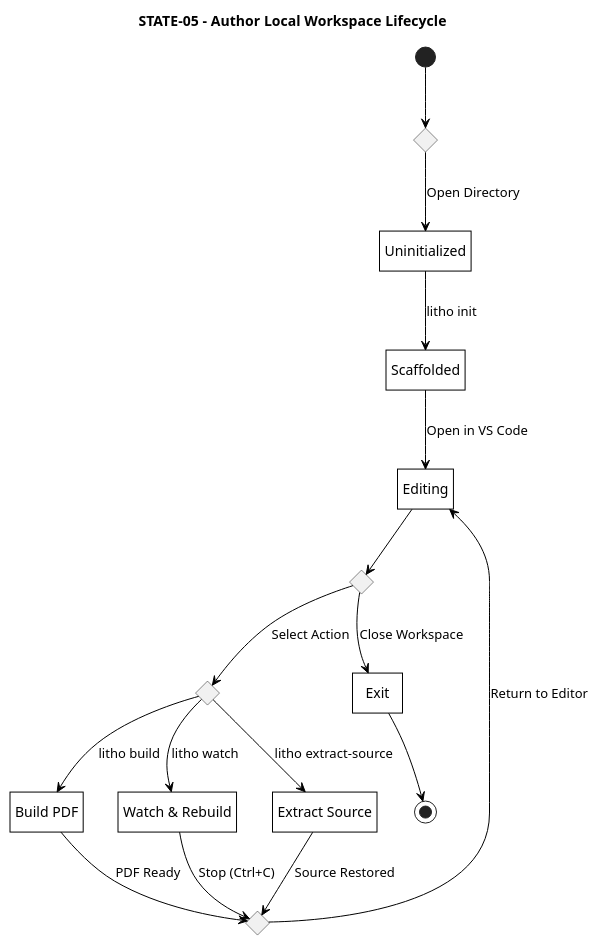
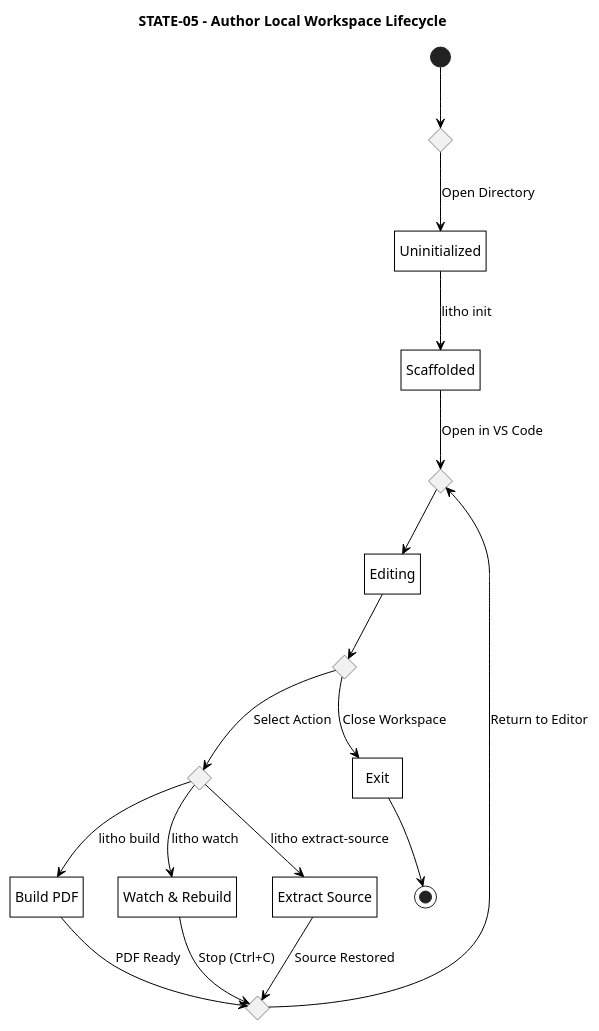
The diagram in diagrams/puml/state-machine/05-author-workspace.puml (Litho-MD/uet-fyp-docs), drawn with PlantUML before and after one commit. The commit also changed 17 other files, not shown here.

Commit message:
feat(diagrams): update state machine diagrams with diamond loops, clean exits, and monochrome styling

```diff
--- a/diagrams/puml/state-machine/05-author-workspace.puml
+++ b/diagrams/puml/state-machine/05-author-workspace.puml
@@ -1,55 +1,57 @@
 @startuml STATE-05-author-workspace
 title STATE-05 - Author Local Workspace Lifecycle
 
 hide empty description
 
 skinparam monochrome true
 skinparam backgroundColor white
 skinparam shadowing false
 skinparam defaultTextAlignment center
 skinparam roundCorner 0
 skinparam ArrowColor black
 skinparam defaultFontColor black
 skinparam stateBorderThickness 1
 skinparam state {
     BackgroundColor white
     BorderColor black
     FontColor black
 }
 
 state c_start <<choice>>
+state c_edit_in <<choice>>
 state "Uninitialized" as s_init
 state "Scaffolded" as s_scaff
 state "Editing" as s_edit
 state c_menu <<choice>>
 state c_branch <<choice>>
 state c_merge <<choice>>
 state "Exit" as s_exit
 
 [*] --> c_start
 c_start --> s_init : Open Directory
 s_init --> s_scaff : litho init
-s_scaff --> s_edit : Open in VS Code
+s_scaff --> c_edit_in : Open in VS Code
+c_edit_in --> s_edit
 
 s_edit --> c_menu
 
 c_menu --> s_exit : Close Workspace
 s_exit --> [*]
 
 c_menu --> c_branch : Select Action
 
 state "Build PDF" as act_build
 state "Watch & Rebuild" as act_watch
 state "Extract Source" as act_extract
 
 c_branch --> act_build : litho build
 c_branch --> act_watch : litho watch
 c_branch --> act_extract : litho extract-source
 
 act_build --> c_merge : PDF Ready
 act_watch --> c_merge : Stop (Ctrl+C)
 act_extract --> c_merge : Source Restored
 
-c_merge --> s_edit : Return to Editor
+c_merge --> c_edit_in : Return to Editor
 
 @enduml
```
